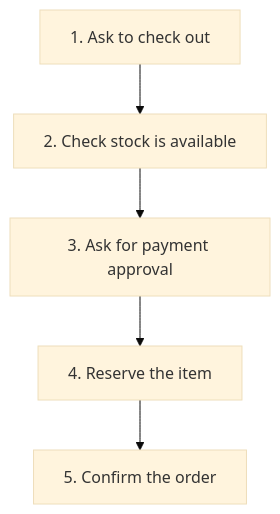
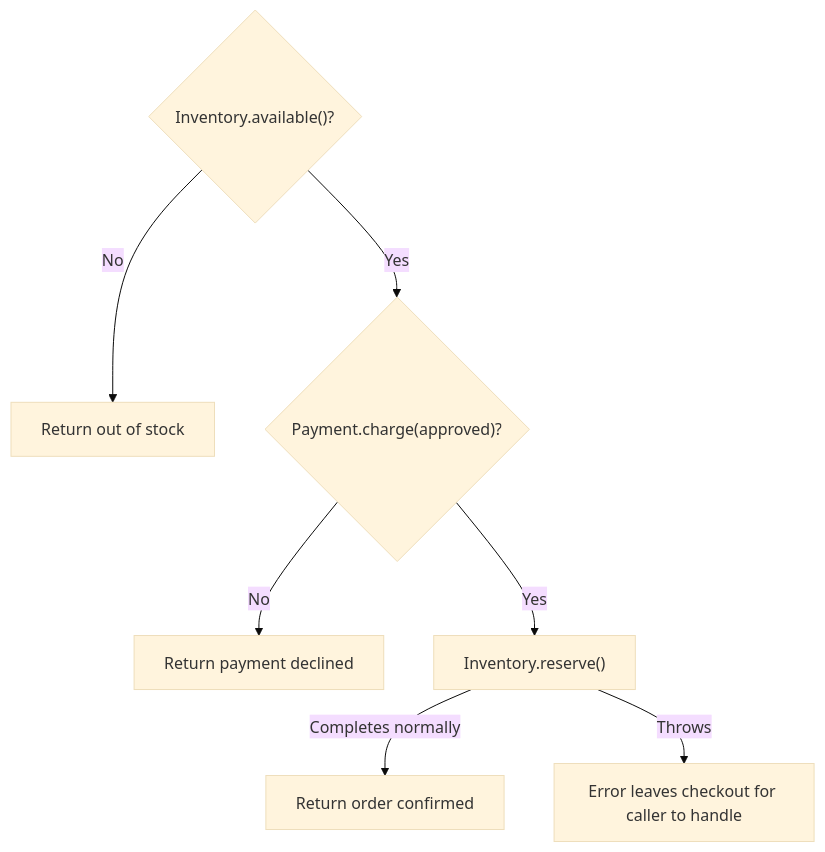
The fourth of 7 diagrams in CPP_Design_Patterns_and_Principles/lessons/patterns/structural/facade.md (Pavan-Learning/my_cpp_program), drawn with Mermaid (base theme) before and after one commit. The commit also changed other lines of this file and 49 other files, not shown here.

Commit message:
Clarify C++ patterns, SOLID, and principles with examples and diagrams

````diff
--- a/CPP_Design_Patterns_and_Principles/lessons/patterns/structural/facade.md
+++ b/CPP_Design_Patterns_and_Principles/lessons/patterns/structural/facade.md
@@ -35,7 +308,9 @@
 ```mermaid
 flowchart TD
-    Caller["1. Ask to check out"] --> Stock["2. Check stock is available"]
-    Stock --> Pay["3. Ask for payment approval"]
-    Pay --> Reserve["4. Reserve the item"]
-    Reserve --> Result["5. Confirm the order"]
+    Stock{"Inventory.available()?"} -->|No| Empty["Return out of stock"]
+    Stock -->|Yes| Pay{"Payment.charge(approved)?"}
+    Pay -->|No| Declined["Return payment declined"]
+    Pay -->|Yes| Reserve["Inventory.reserve()"]
+    Reserve -->|Completes normally| Success["Return order confirmed"]
+    Reserve -->|Throws| Failure["Error leaves checkout for caller to handle"]
 ```
````
